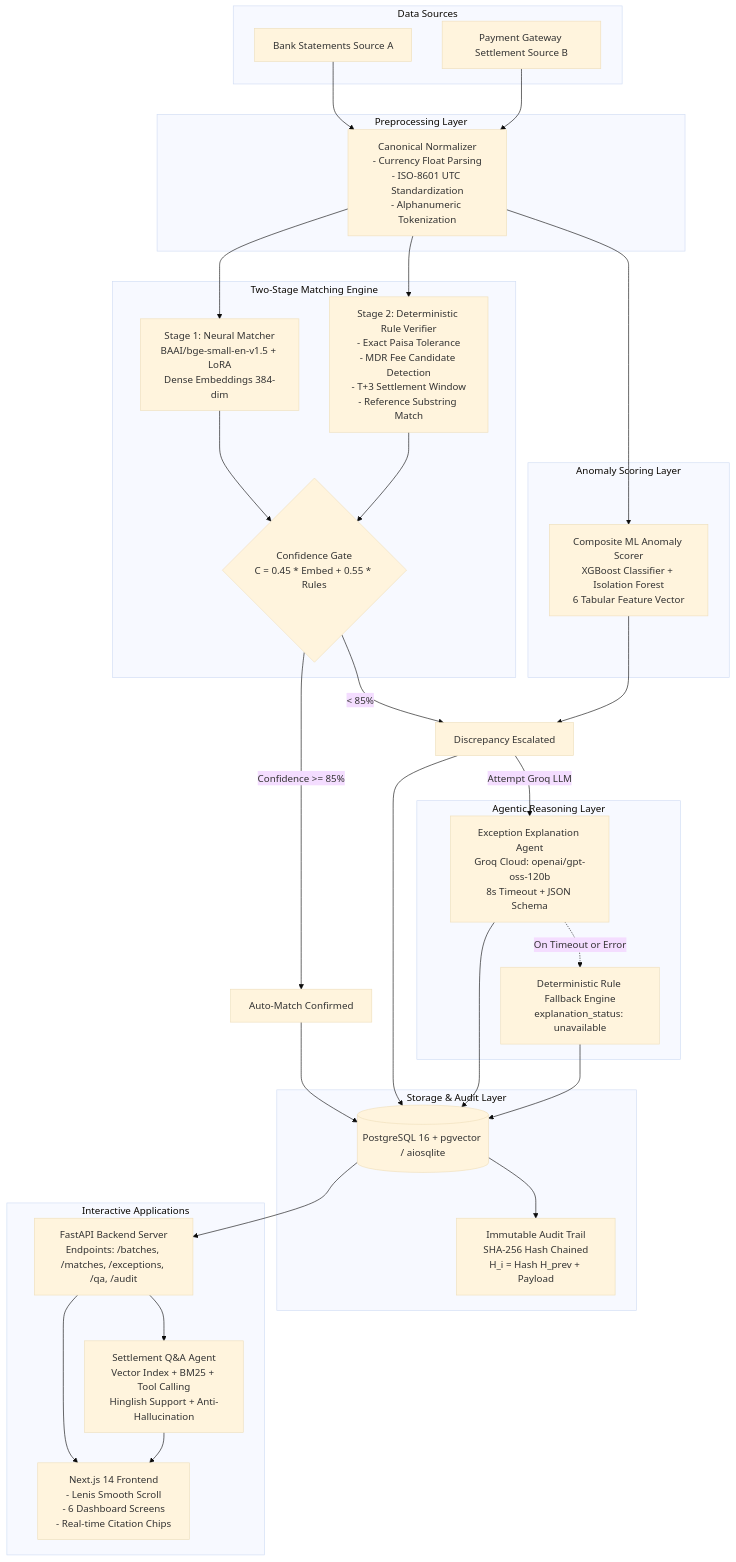
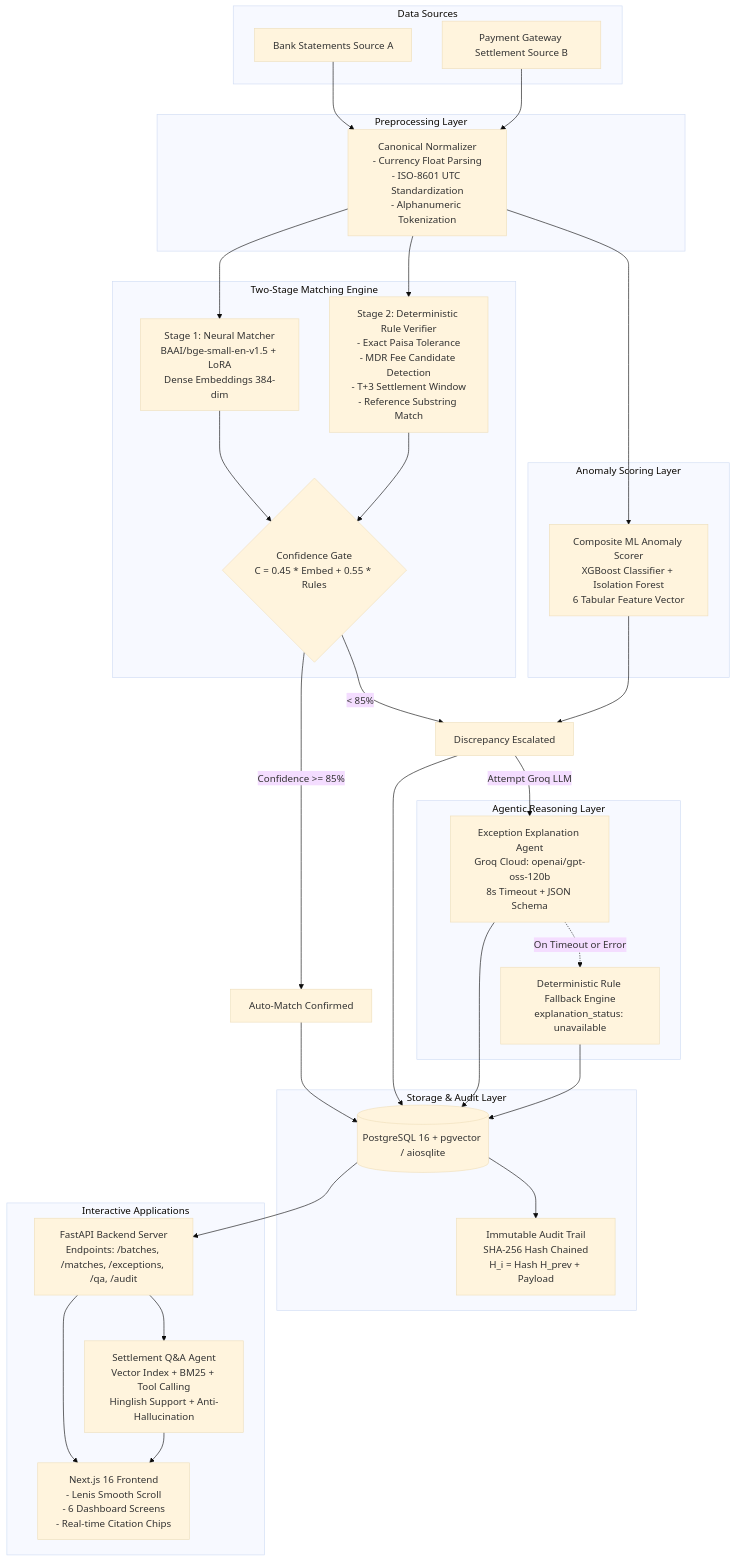
One commit to beastzex/buildathon_razorpay changed the first of 2 diagrams in docs/03_architecture.md. Above: the diagram before and after it, drawn with Mermaid (base theme). The commit also changed other lines of this file and 35 other files, not shown here.

````diff
--- a/docs/03_architecture.md
+++ b/docs/03_architecture.md
@@ -5,59 +5,59 @@
 ```mermaid
 flowchart TD
     subgraph Data Sources
         SRC_A[Bank Statements Source A]
         SRC_B[Payment Gateway Settlement Source B]
     end
 
     subgraph Preprocessing Layer
         NORM[Canonical Normalizer\n- Currency Float Parsing\n- ISO-8601 UTC Standardization\n- Alphanumeric Tokenization]
     end
 
     subgraph Two-Stage Matching Engine
         BGE[Stage 1: Neural Matcher\nBAAI/bge-small-en-v1.5 + LoRA\nDense Embeddings 384-dim]
         RULES[Stage 2: Deterministic Rule Verifier\n- Exact Paisa Tolerance\n- MDR Fee Candidate Detection\n- T+3 Settlement Window\n- Reference Substring Match]
         GATE{Confidence Gate\nC = 0.45 * Embed + 0.55 * Rules}
     end
 
     subgraph Anomaly Scoring Layer
         ANOM[Composite ML Anomaly Scorer\nXGBoost Classifier + Isolation Forest\n6 Tabular Feature Vector]
     end
 
     subgraph Agentic Reasoning Layer
         GROQ[Exception Explanation Agent\nGroq Cloud: openai/gpt-oss-120b\n8s Timeout + JSON Schema]
         FALLBACK[Deterministic Rule Fallback Engine\nexplanation_status: unavailable]
     end
 
     subgraph Storage & Audit Layer
         DB[(PostgreSQL 16 + pgvector / aiosqlite)]
         AUDIT[Immutable Audit Trail\nSHA-256 Hash Chained\nH_i = Hash H_prev + Payload]
     end
 
     subgraph Interactive Applications
         API[FastAPI Backend Server\nEndpoints: /batches, /matches, /exceptions, /qa, /audit]
         RAG[Settlement Q&A Agent\nVector Index + BM25 + Tool Calling\nHinglish Support + Anti-Hallucination]
-        UI[Next.js 14 Frontend\n- Lenis Smooth Scroll\n- 6 Dashboard Screens\n- Real-time Citation Chips]
+        UI[Next.js 16 Frontend\n- Lenis Smooth Scroll\n- 6 Dashboard Screens\n- Real-time Citation Chips]
     end
 
     SRC_A --> NORM
     SRC_B --> NORM
     NORM --> BGE
     NORM --> RULES
     BGE --> GATE
     RULES --> GATE
     GATE -->|Confidence >= 85%| AUTO[Auto-Match Confirmed]
     GATE -->|< 85%| ESCALATE[Discrepancy Escalated]
     NORM --> ANOM
     ANOM --> ESCALATE
     ESCALATE -->|Attempt Groq LLM| GROQ
     GROQ -.->|On Timeout or Error| FALLBACK
     AUTO --> DB
     ESCALATE --> DB
     GROQ --> DB
     FALLBACK --> DB
     DB --> AUDIT
     DB --> API
     API --> UI
     API --> RAG
     RAG --> UI
 ```
````
